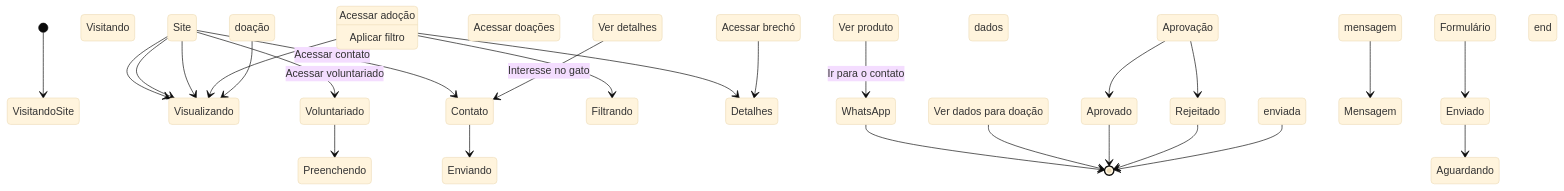
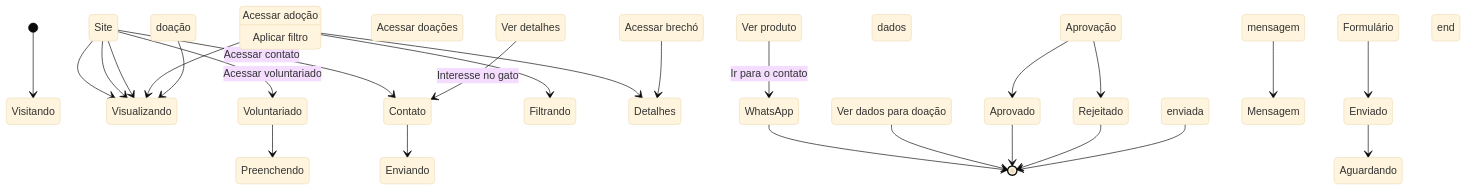
One commit to ligiaoliveira/Casa-dos-Gatos changed the fourth of 4 diagrams in README.md. Above: the diagram before and after it, drawn with Mermaid (base theme).

````diff
--- a/README.md
+++ b/README.md
@@ -196,41 +196,41 @@
 ```mermaid
 stateDiagram-v2
 
-  [*] --> VisitandoSite
+  [*] --> Visitando Site
 
   Visitando Site --> Visualizando Gatos : Acessar adoção
   Visitando Site --> Visualizando Brechó : Acessar brechó
   Visitando Site --> Visualizando Doação : Acessar doações
   Visitando Site --> Voluntariado : Acessar voluntariado
   Visitando Site --> Contato : Acessar contato
 
   %% Gatos
   Visualizando Gatos --> Filtrando Gatos : Aplicar filtro
   Filtrando Gatos --> Visualizando Gatos
   Visualizando Gatos --> Detalhes Gato : Ver detalhes
   Detalhes Gato --> Contato : Interesse no gato
 
   %% Brechó
   Visualizando Brechó --> Detalhes Produto : Ver produto
   Detalhes Produto --> WhatsApp : Ir para o contato
   WhatsApp --> [*]
 
   %% Doação
   Visualizando doação --> Visualizando dados bancários : Ver dados para doação
   Visualizando dados bancários --> [*]
 
   %% Voluntariado
   Voluntariado --> Preenchendo Formulário
   Preenchendo Formulário --> Enviado
   Enviado --> Aguardando Aprovação
   Aguardando Aprovação --> Aprovado
   Aguardando Aprovação --> Rejeitado
   Aprovado --> [*]
   Rejeitado --> [*]
 
   %% Contato
   Contato --> Enviando mensagem
   Enviando mensagem --> Mensagem enviada
   Mensagem enviada --> [*]
 end
 ```
````
